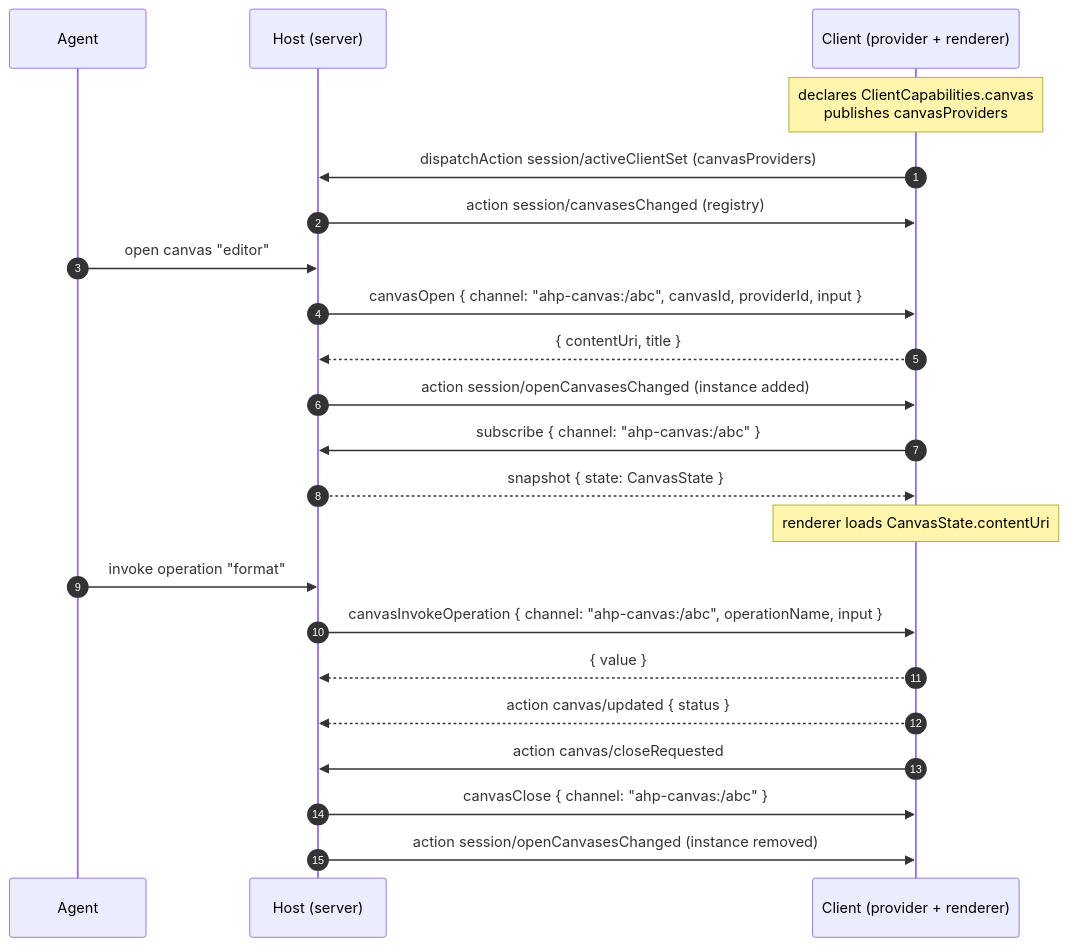
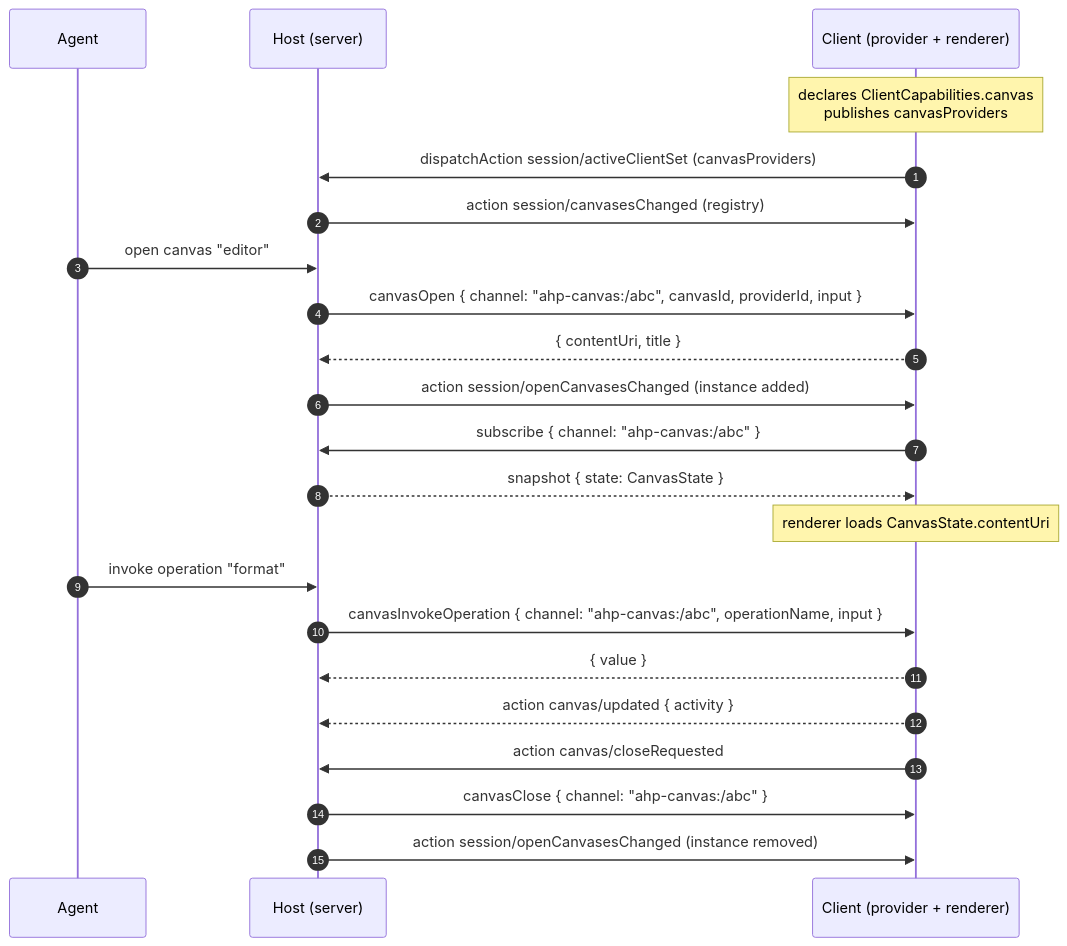
The diagram in docs/specification/canvas-channel.md (microsoft/agent-host-protocol), drawn with Mermaid before and after one commit. The commit also changed other lines of this file and 25 other files, not shown here.

First line of the commit message:
Rename canvas activity field from status to activity

````diff
--- a/docs/specification/canvas-channel.md
+++ b/docs/specification/canvas-channel.md
@@ -154,28 +154,28 @@
 ```mermaid
 sequenceDiagram
     autonumber
     participant A as Agent
     participant H as Host (server)
     participant C as Client (provider + renderer)
 
     Note over C: declares ClientCapabilities.canvas<br/>publishes canvasProviders
     C->>H: dispatchAction session/activeClientSet (canvasProviders)
     H->>C: action session/canvasesChanged (registry)
 
     A->>H: open canvas "editor"
     H->>C: canvasOpen { channel: "ahp-canvas:/abc", canvasId, providerId, input }
     C-->>H: { contentUri, title }
     H->>C: action session/openCanvasesChanged (instance added)
     C->>H: subscribe { channel: "ahp-canvas:/abc" }
     H-->>C: snapshot { state: CanvasState }
 
     Note over C: renderer loads CanvasState.contentUri
     A->>H: invoke operation "format"
     H->>C: canvasInvokeOperation { channel: "ahp-canvas:/abc", operationName, input }
     C-->>H: { value }
-    C-->>H: action canvas/updated { status }
+    C-->>H: action canvas/updated { activity }
 
     C->>H: action canvas/closeRequested
     H->>C: canvasClose { channel: "ahp-canvas:/abc" }
     H->>C: action session/openCanvasesChanged (instance removed)
 ```
````
